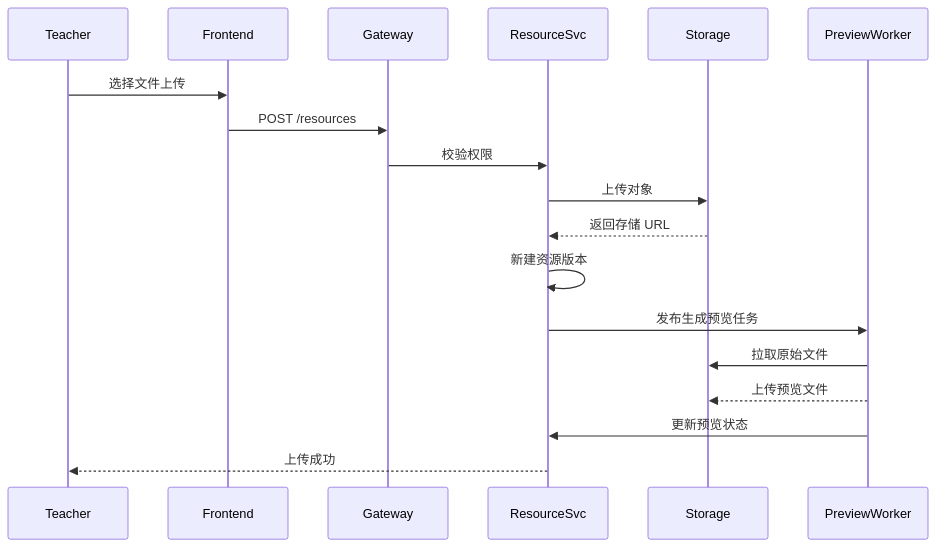
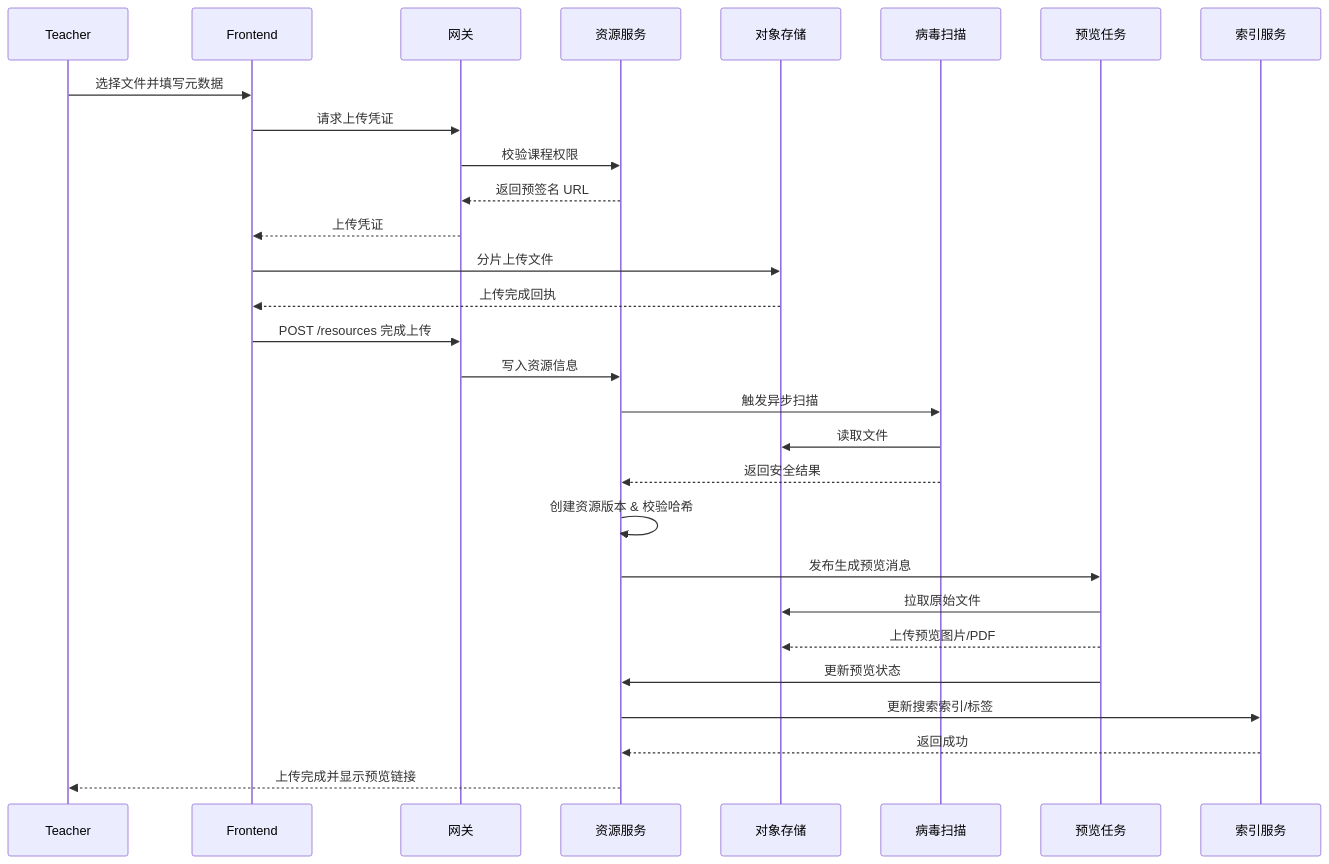
One commit to luckyJessie/douyin-game changed the diagram in docs/mermaid/resource_upload_sequence.mmd. Above: the diagram before and after it, drawn with Mermaid. The commit also changed 17 other files, not shown here.

Commit message:
Refactor: Update architecture and sequence diagrams

```diff
--- a/docs/mermaid/resource_upload_sequence.mmd
+++ b/docs/mermaid/resource_upload_sequence.mmd
@@ -1,19 +1,30 @@
 sequenceDiagram
     participant Teacher
     participant Frontend
-    participant Gateway
-    participant ResourceSvc
-    participant Storage
-    participant PreviewWorker
+    participant 网关
+    participant 资源服务
+    participant 对象存储
+    participant 病毒扫描
+    participant 预览任务
+    participant 索引服务
 
-    Teacher->>Frontend: 选择文件上传
-    Frontend->>Gateway: POST /resources
-    Gateway->>ResourceSvc: 校验权限
-    ResourceSvc->>Storage: 上传对象
-    Storage-->>ResourceSvc: 返回存储 URL
-    ResourceSvc->>ResourceSvc: 新建资源版本
-    ResourceSvc->>PreviewWorker: 发布生成预览任务
-    PreviewWorker->>Storage: 拉取原始文件
-    PreviewWorker-->>Storage: 上传预览文件
-    PreviewWorker->>ResourceSvc: 更新预览状态
-    ResourceSvc-->>Teacher: 上传成功
+    Teacher->>Frontend: 选择文件并填写元数据
+    Frontend->>网关: 请求上传凭证
+    网关->>资源服务: 校验课程权限
+    资源服务-->>网关: 返回预签名 URL
+    网关-->>Frontend: 上传凭证
+    Frontend->>对象存储: 分片上传文件
+    对象存储-->>Frontend: 上传完成回执
+    Frontend->>网关: POST /resources 完成上传
+    网关->>资源服务: 写入资源信息
+    资源服务->>病毒扫描: 触发异步扫描
+    病毒扫描->>对象存储: 读取文件
+    病毒扫描-->>资源服务: 返回安全结果
+    资源服务->>资源服务: 创建资源版本 & 校验哈希
+    资源服务->>预览任务: 发布生成预览消息
+    预览任务->>对象存储: 拉取原始文件
+    预览任务-->>对象存储: 上传预览图片/PDF
+    预览任务->>资源服务: 更新预览状态
+    资源服务->>索引服务: 更新搜索索引/标签
+    索引服务-->>资源服务: 返回成功
+    资源服务-->>Teacher: 上传完成并显示预览链接
```
